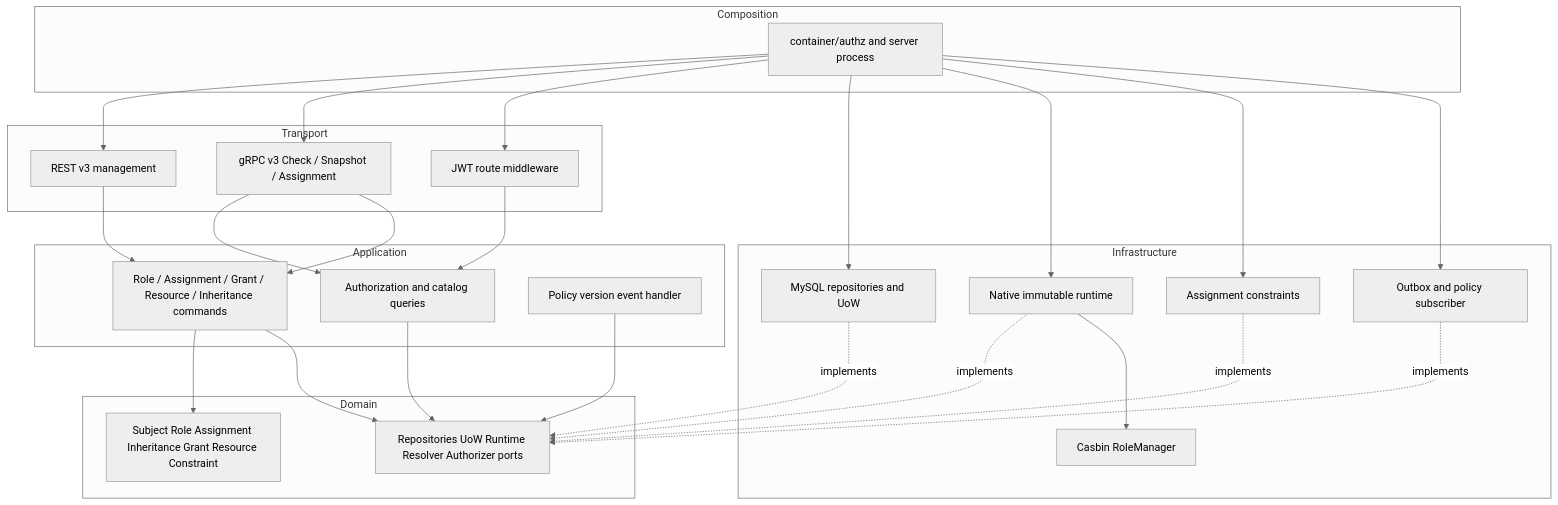
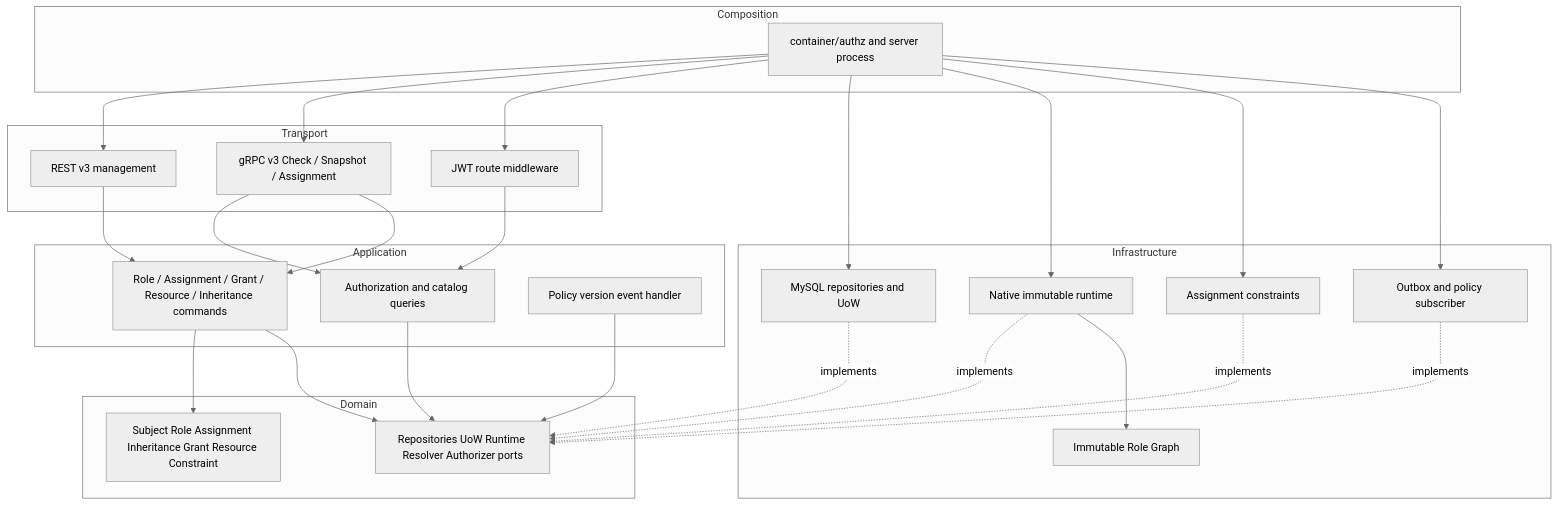
One commit to FangcunMount/iam changed the diagram in docs/02-业务模块/03-AuthZ/08-分层架构与代码索引.md. Above: the diagram before and after it, drawn with Mermaid (neutral theme). The commit also changed other lines of this file and 40 other files, not shown here.

First line of the commit message:
refactor(authz):  从Casbin迁移到不可变角色图

````diff
--- a/docs/02-业务模块/03-AuthZ/08-分层架构与代码索引.md
+++ b/docs/02-业务模块/03-AuthZ/08-分层架构与代码索引.md
@@ -23,48 +23,48 @@
 ```mermaid
 flowchart TB
   subgraph Transport
     REST[REST v3 management]
     GRPC[gRPC v3 Check / Snapshot / Assignment]
     MW[JWT route middleware]
   end
   subgraph Application
     CMD[Role / Assignment / Grant / Resource / Inheritance commands]
     QRY[Authorization and catalog queries]
     SYNC[Policy version event handler]
   end
   subgraph Domain
     MODEL[Subject Role Assignment Inheritance Grant Resource Constraint]
     PORTS[Repositories UoW Runtime Resolver Authorizer ports]
   end
   subgraph Infrastructure
     MYSQL[MySQL repositories and UoW]
     NATIVE[Native immutable runtime]
-    CASBIN[Casbin RoleManager]
+    ROLE_GRAPH[Immutable Role Graph]
     AC[Assignment constraints]
     EVENTS[Outbox and policy subscriber]
   end
   subgraph Composition
     ROOT[container/authz and server process]
   end
 
   REST --> CMD
   GRPC --> QRY
   GRPC --> CMD
   MW --> QRY
   CMD --> MODEL
   CMD --> PORTS
   QRY --> PORTS
   SYNC --> PORTS
   MYSQL -.implements.-> PORTS
   NATIVE -.implements.-> PORTS
-  NATIVE --> CASBIN
+  NATIVE --> ROLE_GRAPH
   AC -.implements.-> PORTS
   EVENTS -.implements.-> PORTS
   ROOT --> REST
   ROOT --> GRPC
   ROOT --> MW
   ROOT --> MYSQL
   ROOT --> NATIVE
   ROOT --> AC
   ROOT --> EVENTS
 ```
````
